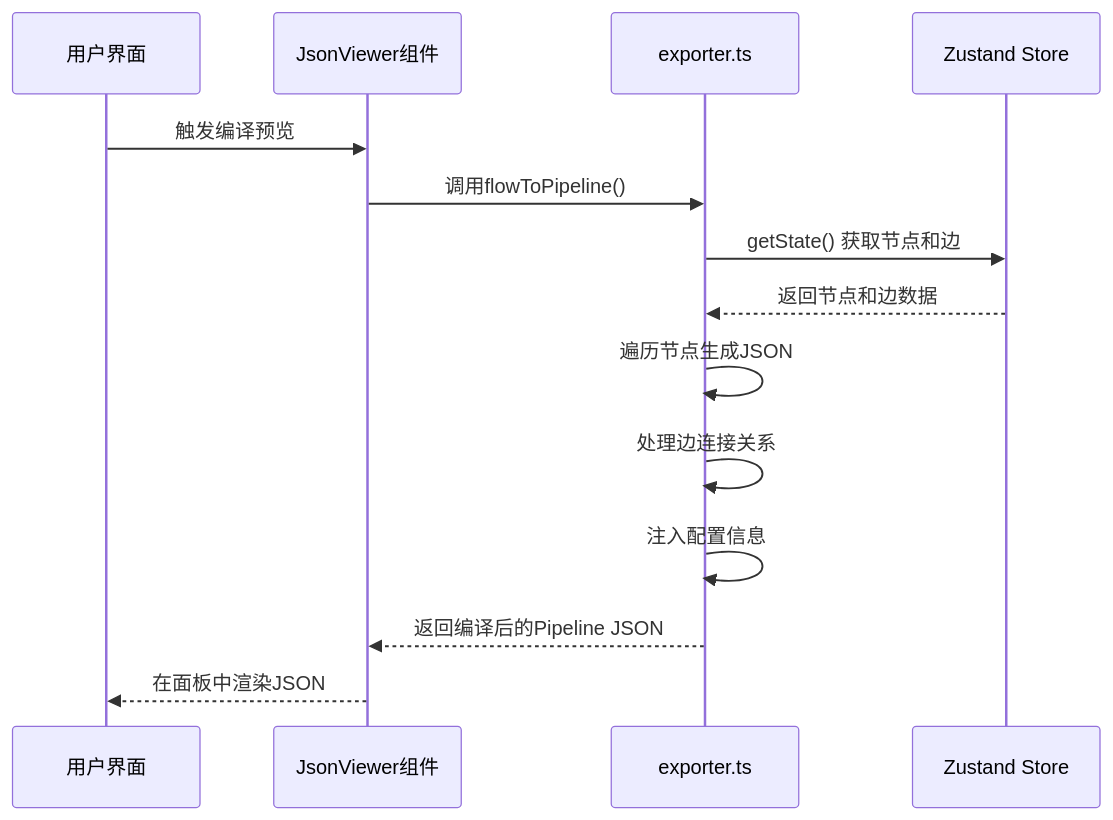
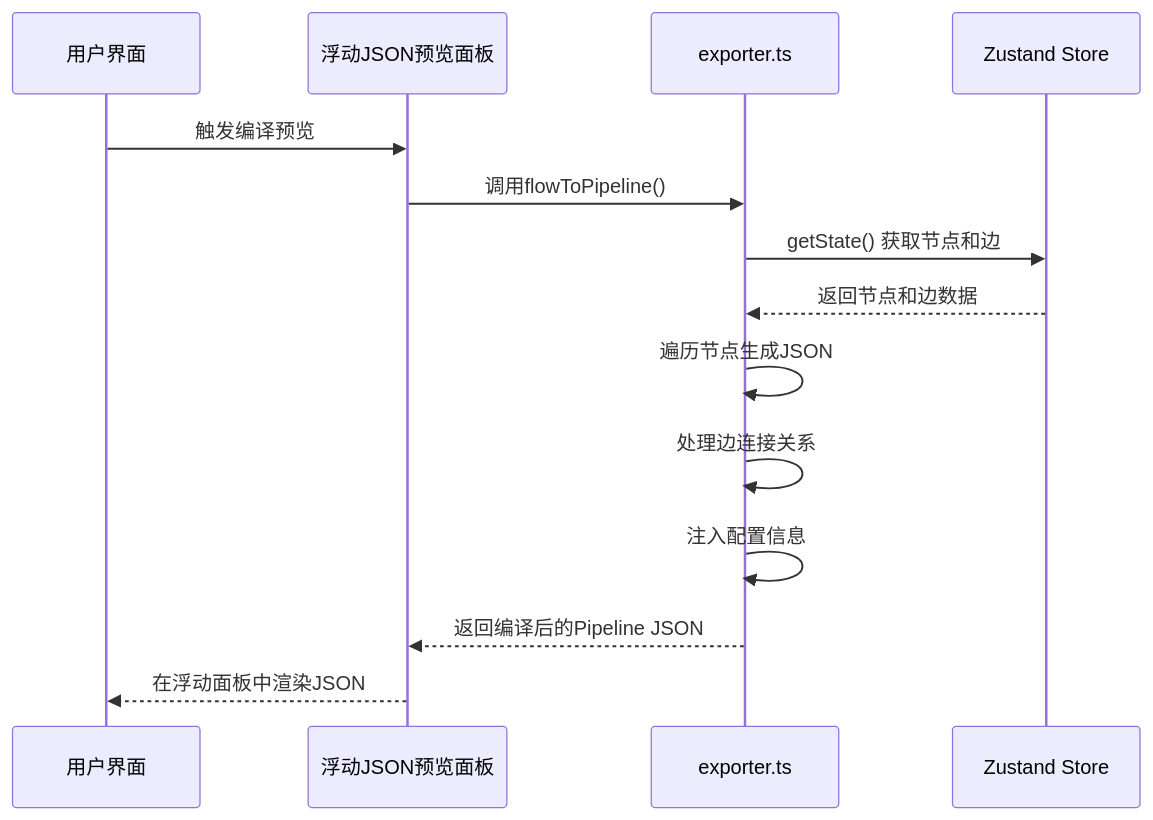
Before and after one commit to kqcoxn/MaaPipelineEditor: the second of 3 diagrams in .qoder/repowiki/zh/content/核心概念/Pipeline 面板.md, drawn with Mermaid. The commit also changed other lines of this file and 10 other files, not shown here.

````diff
--- a/.qoder/repowiki/zh/content/核心概念/Pipeline 面板.md
+++ b/.qoder/repowiki/zh/content/核心概念/Pipeline 面板.md
@@ -79,16 +83,16 @@
 ```mermaid
 sequenceDiagram
 participant UI as 用户界面
-participant JsonViewer as JsonViewer组件
+participant JsonViewer as 浮动JSON预览面板
 participant Exporter as exporter.ts
 participant Store as Zustand Store
 UI->>JsonViewer : 触发编译预览
 JsonViewer->>Exporter : 调用flowToPipeline()
 Exporter->>Store : getState() 获取节点和边
 Store-->>Exporter : 返回节点和边数据
 Exporter->>Exporter : 遍历节点生成JSON
 Exporter->>Exporter : 处理边连接关系
 Exporter->>Exporter : 注入配置信息
 Exporter-->>JsonViewer : 返回编译后的Pipeline JSON
-JsonViewer-->>UI : 在面板中渲染JSON
+JsonViewer-->>UI : 在浮动面板中渲染JSON
 ```
````
